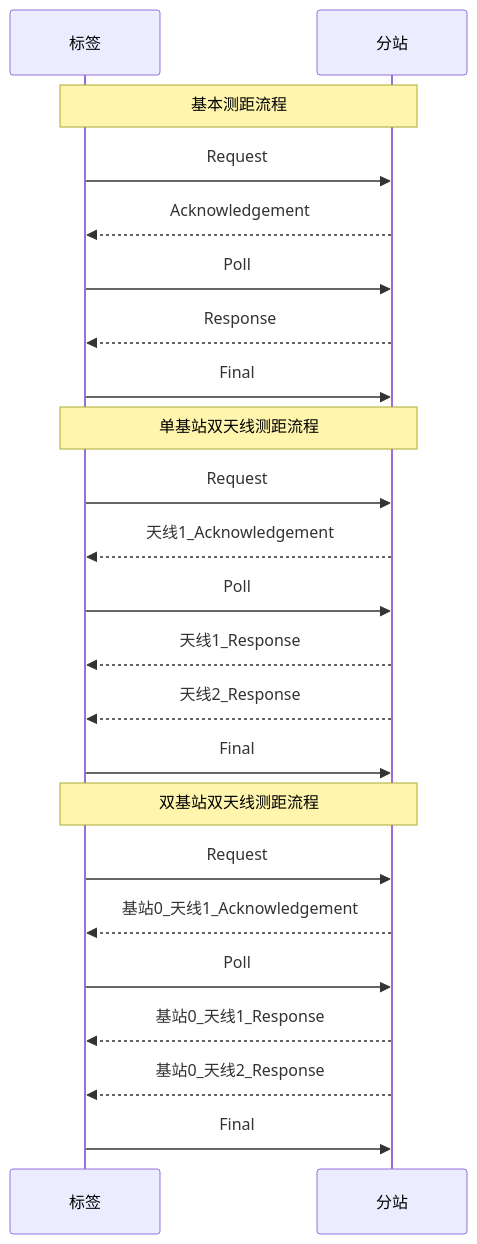
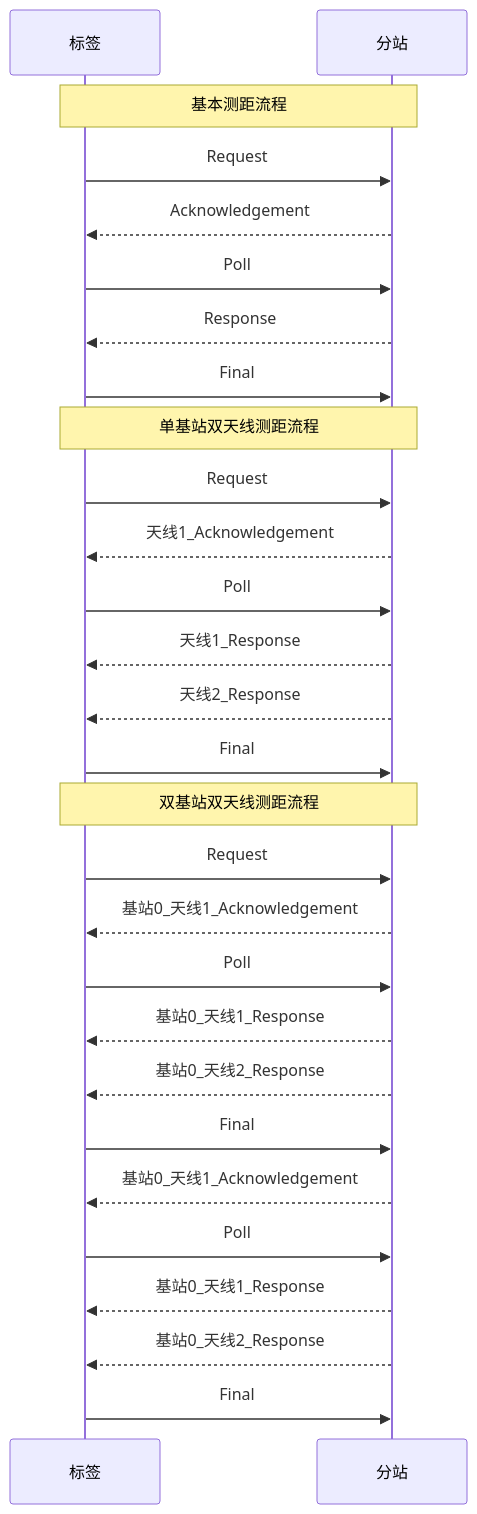
The diagram in all/未命名.md (geek-zhao/iodraw-files), drawn with Mermaid before and after one commit.

Commit message:
2024-08-17 14:15:18 update

````diff
--- a/all/未命名.md
+++ b/all/未命名.md
@@ -1,30 +1,34 @@
 ```mermaid
 sequenceDiagram
     participant tag as 标签
     participant anchor as 分站
 
     Note over tag,anchor: 基本测距流程
     tag->>anchor: Request
     anchor-->>tag: Acknowledgement
     tag->>anchor: Poll
     anchor-->>tag: Response
     tag->>anchor: Final       
 
     Note over tag,anchor: 单基站双天线测距流程
     tag->>anchor: Request
     anchor-->>tag: 天线1_Acknowledgement
     tag->>anchor: Poll
     anchor-->>tag: 天线1_Response 
     anchor-->>tag: 天线2_Response
     tag->>anchor: Final   
 
     Note over tag,anchor: 双基站双天线测距流程
     tag->>anchor: Request
     anchor-->>tag: 基站0_天线1_Acknowledgement
     tag->>anchor: Poll
     anchor-->>tag: 基站0_天线1_Response 
     anchor-->>tag: 基站0_天线2_Response
     tag->>anchor: Final   
+    anchor-->>tag: 基站0_天线1_Acknowledgement
+    tag->>anchor: Poll
+    anchor-->>tag: 基站0_天线1_Response 
+    anchor-->>tag: 基站0_天线2_Response
+    tag->>anchor: Final   
 
-    
 ```
````
